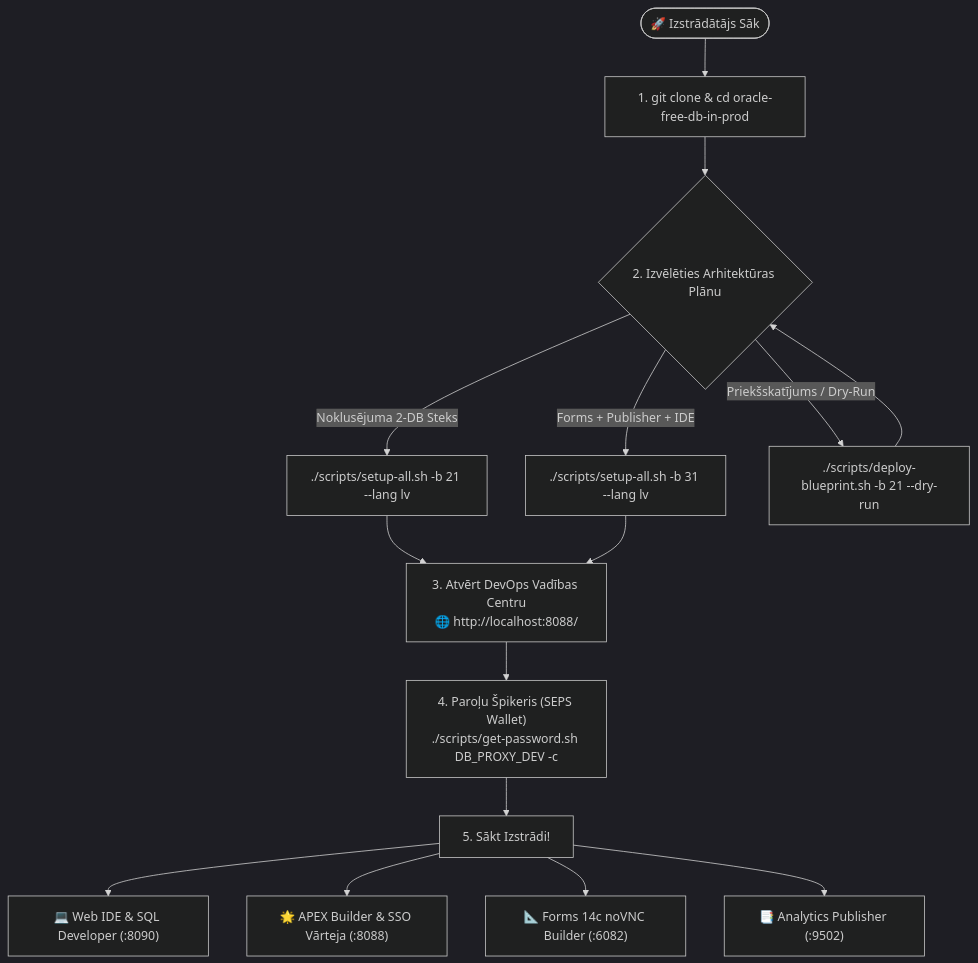
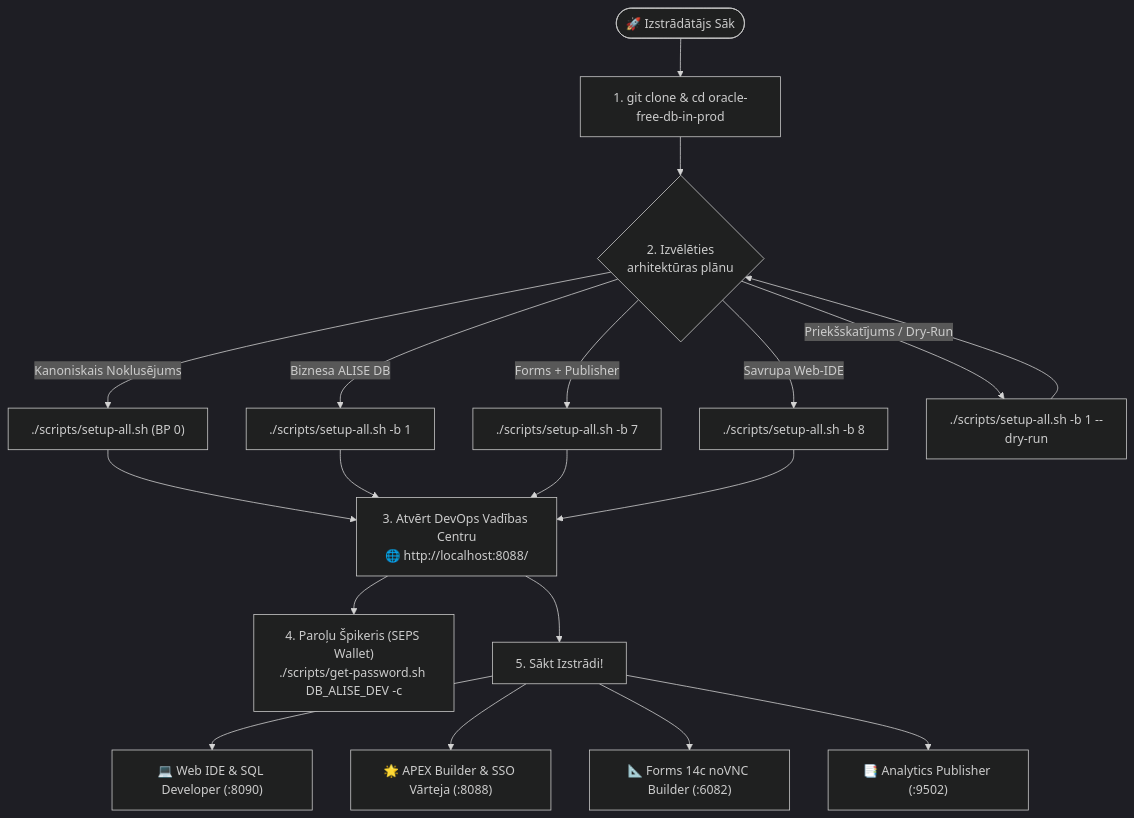
Before and after one commit to alahe/oracle-devops-platform: the first of 2 diagrams in docs/lv/README.md, drawn with Mermaid (dark theme). The commit also changed other lines of this file and 412 other files, not shown here.

Commit message:
feat: publisher suite, devhub search & 6-lang i18n categories, ai skills, and accessibility compliance

````diff
--- a/docs/lv/README.md
+++ b/docs/lv/README.md
@@ -35,21 +35,25 @@
 ```mermaid
 flowchart TD
     Start(["🚀 Izstrādātājs Sāk"]) --> Clone["1. git clone & cd oracle-free-db-in-prod"]
-    Clone --> ChooseBP{"2. Izvēlēties Arhitektūras Plānu"}
+    Clone --> ChooseBP{"2. Izvēlēties<br/>arhitektūras plānu"}
     
-    ChooseBP -->|Noklusējuma 2-DB Steks| BP21["./scripts/setup-all.sh -b 21 --lang lv"]
-    ChooseBP -->|Forms + Publisher + IDE| BP31["./scripts/setup-all.sh -b 31 --lang lv"]
-    ChooseBP -->|Priekšskatījums / Dry-Run| BPDry["./scripts/deploy-blueprint.sh -b 21 --dry-run"]
+    ChooseBP -->|Kanoniskais Noklusējums| BP0["./scripts/setup-all.sh (BP 0)"]
+    ChooseBP -->|Biznesa ALISE DB| BP1["./scripts/setup-all.sh -b 1"]
+    ChooseBP -->|Forms + Publisher| BP7["./scripts/setup-all.sh -b 7"]
+    ChooseBP -->|Savrupa Web-IDE| BP8["./scripts/setup-all.sh -b 8"]
+    ChooseBP -->|Priekšskatījums / Dry-Run| BPDry["./scripts/setup-all.sh -b 1 --dry-run"]
     
-    BP21 --> DevHub["3. Atvērt DevOps Vadības Centru<br/>🌐 http://localhost:8088/"]
-    BP31 --> DevHub
+    BP0 --> DevHub["3. Atvērt DevOps Vadības Centru<br/>🌐 http://localhost:8088/"]
+    BP1 --> DevHub
+    BP7 --> DevHub
+    BP8 --> DevHub
     BPDry --> ChooseBP
     
-    DevHub --> PwdSpikker["4. Paroļu Špikeris (SEPS Wallet)<br/>./scripts/get-password.sh DB_PROXY_DEV -c"]
+    DevHub --> PwdSpikker["4. Paroļu Špikeris (SEPS Wallet)<br/>./scripts/get-password.sh DB_ALISE_DEV -c"]
     
-    PwdSpikker --> DevWork["5. Sākt Izstrādi!"]
+    DevHub --> DevWork["5. Sākt Izstrādi!"]
     DevWork --> WorkIDE["💻 Web IDE & SQL Developer (:8090)"]
     DevWork --> WorkAPEX["🌟 APEX Builder & SSO Vārteja (:8088)"]
     DevWork --> WorkForms["📐 Forms 14c noVNC Builder (:6082)"]
     DevWork --> WorkPub["📑 Analytics Publisher (:9502)"]
 ```
````
